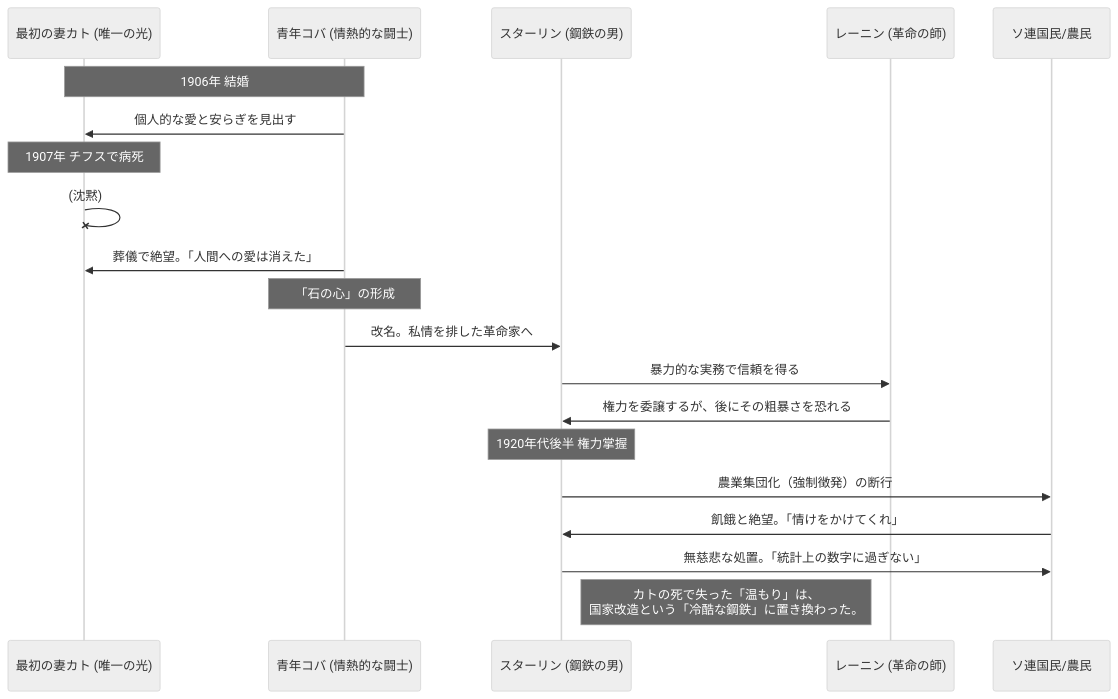
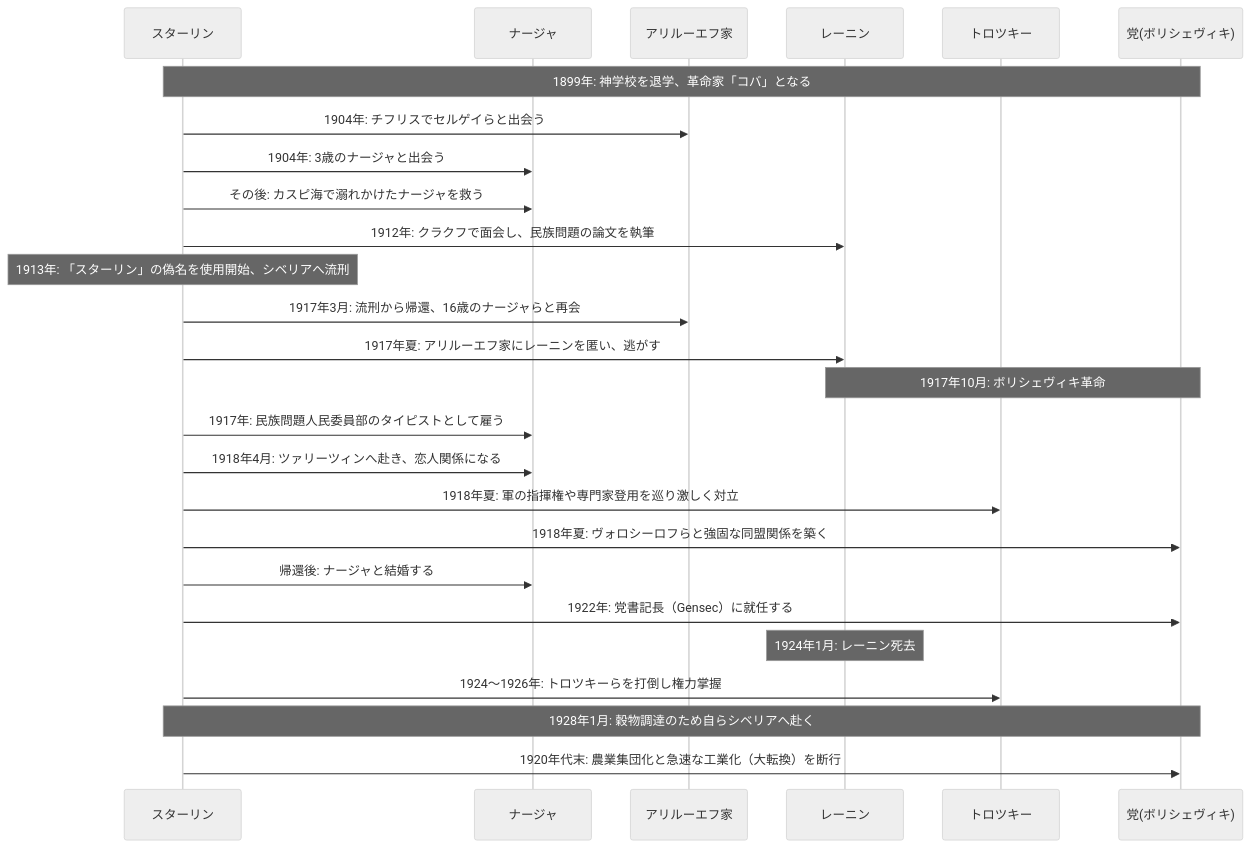
One commit to aokicreativeoffice/AokiCreativeOfficeGTD changed the diagram in 02_zettelkasten/21_domain/books/スターリン 赤い皇帝と廷臣たち/第1章 グルジア青年と女学生.md. Above: the diagram before and after it, drawn with Mermaid (neutral theme). The commit also changed other lines of this file and 30 other files, not shown here.

````diff
--- a/02_zettelkasten/21_domain/books/スターリン 赤い皇帝と廷臣たち/第1章 グルジア青年と女学生.md
+++ b/02_zettelkasten/21_domain/books/スターリン 赤い皇帝と廷臣たち/第1章 グルジア青年と女学生.md
@@ -33,30 +12,29 @@
 ```mermaid
 sequenceDiagram
-    participant Kato as 最初の妻カト (唯一の光)
-    participant Koba as 青年コバ (情熱的な闘士)
-    participant Stalin as スターリン (鋼鉄の男)
-    participant Lenin as レーニン (革命の師)
-    participant Peasants as ソ連国民/農民
+    participant Stalin as スターリン
+    participant Nadya as ナージャ
+    participant Family as アリルーエフ家
+    participant Lenin as レーニン
+    participant Trotsky as トロツキー
+    participant Party as 党(ボリシェヴィキ)
 
-    Note over Koba, Kato: 1906年 結婚
-    Koba->>Kato: 個人的な愛と安らぎを見出す
-    
-    Note over Kato: 1907年 チフスで病死
-    Kato-X Kato: (沈黙)
-    Koba->>Kato: 葬儀で絶望。「人間への愛は消えた」
-    
-    Note over Koba: 「石の心」の形成
-    Koba->>Stalin: 改名。私情を排した革命家へ
-    
-    Stalin->>Lenin: 暴力的な実務で信頼を得る
-    Lenin->>Stalin: 権力を委譲するが、後にその粗暴さを恐れる
-    
-    Note over Stalin: 1920年代後半 権力掌握
-    Stalin->>Peasants: 農業集団化（強制徴発）の断行
-    Peasants->>Stalin: 飢餓と絶望。「情けをかけてくれ」
-    Stalin->>Peasants: 無慈悲な処置。「統計上の数字に過ぎない」
-
-    Note right of Stalin: カトの死で失った「温もり」は、<br/>国家改造という「冷酷な鋼鉄」に置き換わった。
-
-
+    Note over Stalin, Party: 1899年: 神学校を退学、革命家「コバ」となる
+    Stalin->>Family: 1904年: チフリスでセルゲイらと出会う
+    Stalin->>Nadya: 1904年: 3歳のナージャと出会う
+    Stalin->>Nadya: その後: カスピ海で溺れかけたナージャを救う
+    Stalin->>Lenin: 1912年: クラクフで面会し、民族問題の論文を執筆
+    Note over Stalin: 1913年: 「スターリン」の偽名を使用開始、シベリアへ流刑
+    Stalin->>Family: 1917年3月: 流刑から帰還、16歳のナージャらと再会
+    Stalin->>Lenin: 1917年夏: アリルーエフ家にレーニンを匿い、逃がす
+    Note over Lenin, Party: 1917年10月: ボリシェヴィキ革命
+    Stalin->>Nadya: 1917年: 民族問題人民委員部のタイピストとして雇う
+    Stalin->>Nadya: 1918年4月: ツァリーツィンへ赴き、恋人関係になる
+    Stalin->>Trotsky: 1918年夏: 軍の指揮権や専門家登用を巡り激しく対立
+    Stalin->>Party: 1918年夏: ヴォロシーロフらと強固な同盟関係を築く
+    Stalin->>Nadya: 帰還後: ナージャと結婚する
+    Stalin->>Party: 1922年: 党書記長（Gensec）に就任する
+    Note over Lenin: 1924年1月: レーニン死去
+    Stalin->>Trotsky: 1924〜1926年: トロツキーらを打倒し権力掌握
+    Note over Stalin, Party: 1928年1月: 穀物調達のため自らシベリアへ赴く
+    Stalin->>Party: 1920年代末: 農業集団化と急速な工業化（大転換）を断行
 ```
````
